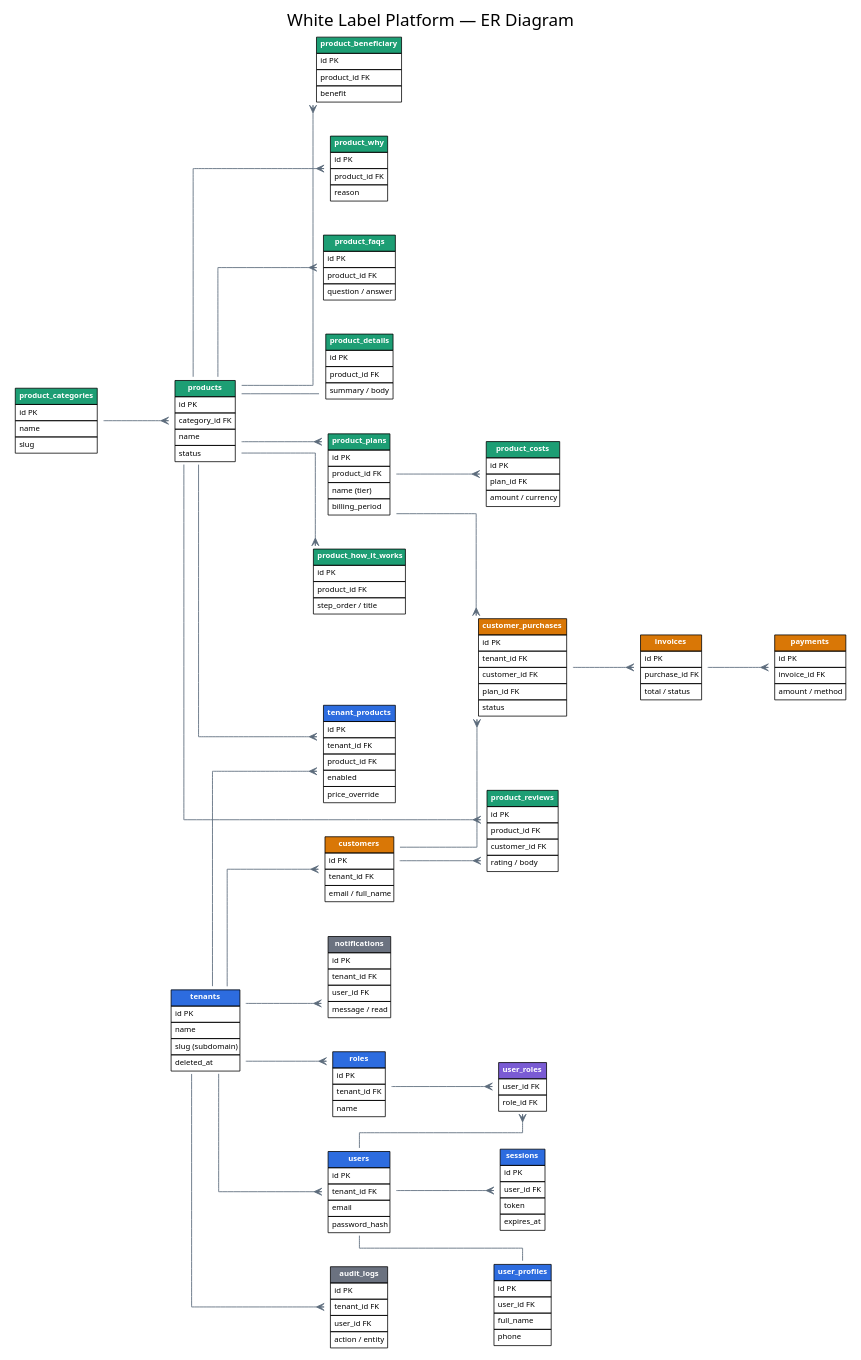
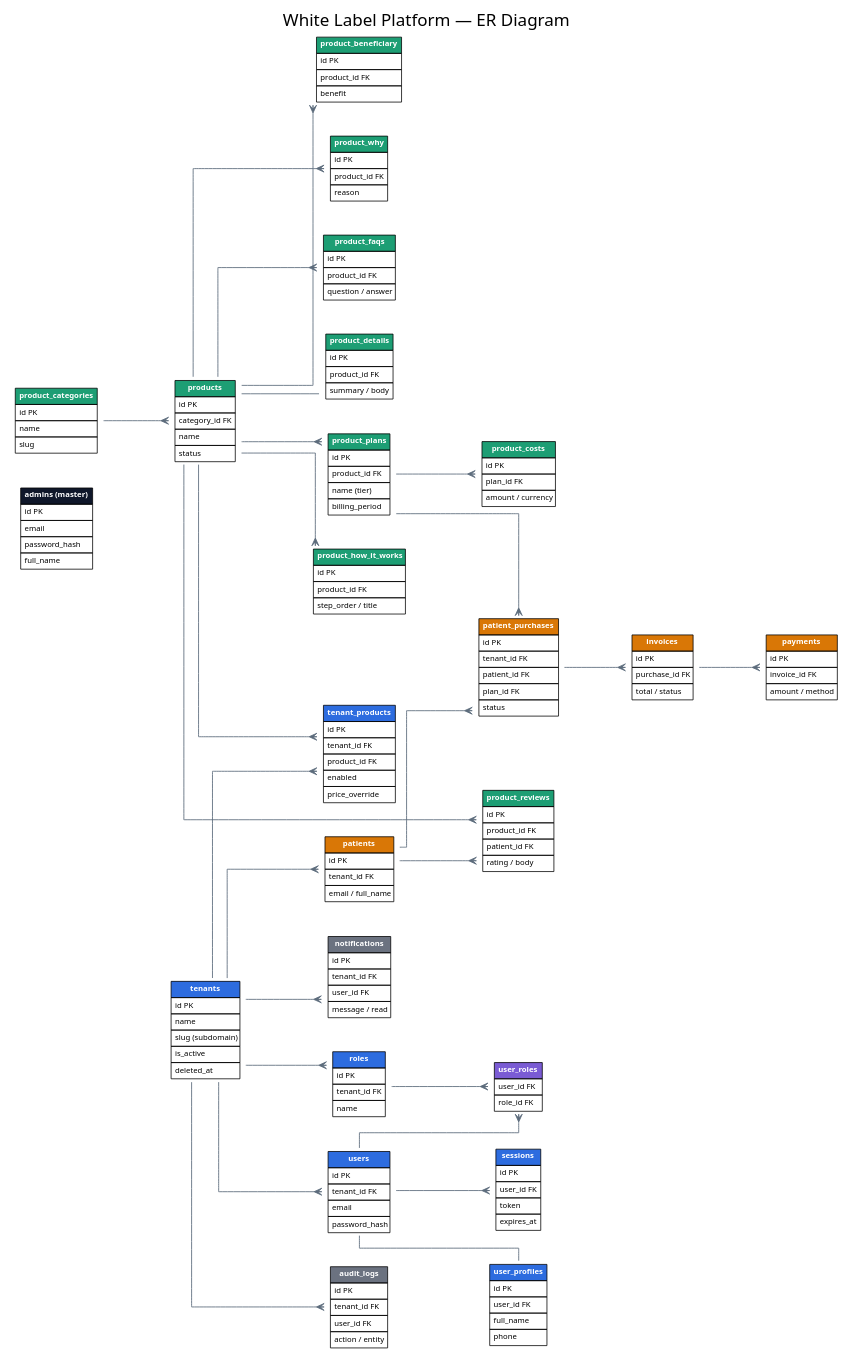
The diagram in er_diagram.dot (osmanajedrin/white-label-platform), drawn with Graphviz before and after one commit. The commit also changed 14 other files, not shown here.

First line of the commit message:
Add master admins, rename customers→patients, relabel tenant admins

```diff
--- a/er_diagram.dot
+++ b/er_diagram.dot
@@ -4,12 +4,21 @@
     edge  [color="#5b6b7b", arrowhead=crow, arrowtail=none, dir=both, penwidth=1.1];
 
     /* ---------------- ENTITIES ---------------- */
+    admins [label=<
+      <table border="0" cellborder="1" cellspacing="0" cellpadding="4" bgcolor="white">
+      <tr><td bgcolor="#0f172a" align="center"><font color="white"><b>admins (master)</b></font></td></tr>
+      <tr><td align="left">id PK</td></tr>
+      <tr><td align="left">email</td></tr>
+      <tr><td align="left">password_hash</td></tr>
+      <tr><td align="left">full_name</td></tr></table>>];
+
     tenants [label=<
       <table border="0" cellborder="1" cellspacing="0" cellpadding="4" bgcolor="white">
       <tr><td bgcolor="#2d6cdf" align="center"><font color="white"><b>tenants</b></font></td></tr>
       <tr><td align="left">id PK</td></tr>
       <tr><td align="left">name</td></tr>
       <tr><td align="left">slug (subdomain)</td></tr>
+      <tr><td align="left">is_active</td></tr>
       <tr><td align="left">deleted_at</td></tr></table>>];
 
     tenant_products [label=<
@@ -121,7 +130,7 @@
       <tr><td bgcolor="#1d9e74" align="center"><font color="white"><b>product_reviews</b></font></td></tr>
       <tr><td align="left">id PK</td></tr>
       <tr><td align="left">product_id FK</td></tr>
-      <tr><td align="left">customer_id FK</td></tr>
+      <tr><td align="left">patient_id FK</td></tr>
       <tr><td align="left">rating / body</td></tr></table>>];
 
     product_faqs [label=<
@@ -131,19 +140,19 @@
       <tr><td align="left">product_id FK</td></tr>
       <tr><td align="left">question / answer</td></tr></table>>];
 
-    customers [label=<
+    patients [label=<
       <table border="0" cellborder="1" cellspacing="0" cellpadding="4" bgcolor="white">
-      <tr><td bgcolor="#d97706" align="center"><font color="white"><b>customers</b></font></td></tr>
+      <tr><td bgcolor="#d97706" align="center"><font color="white"><b>patients</b></font></td></tr>
       <tr><td align="left">id PK</td></tr>
       <tr><td align="left">tenant_id FK</td></tr>
       <tr><td align="left">email / full_name</td></tr></table>>];
 
-    customer_purchases [label=<
+    patient_purchases [label=<
       <table border="0" cellborder="1" cellspacing="0" cellpadding="4" bgcolor="white">
-      <tr><td bgcolor="#d97706" align="center"><font color="white"><b>customer_purchases</b></font></td></tr>
+      <tr><td bgcolor="#d97706" align="center"><font color="white"><b>patient_purchases</b></font></td></tr>
       <tr><td align="left">id PK</td></tr>
       <tr><td align="left">tenant_id FK</td></tr>
-      <tr><td align="left">customer_id FK</td></tr>
+      <tr><td align="left">patient_id FK</td></tr>
       <tr><td align="left">plan_id FK</td></tr>
       <tr><td align="left">status</td></tr></table>>];
 
@@ -179,7 +188,7 @@
 
     /* ---------------- RELATIONSHIPS (crow's foot = many) ---------------- */
     tenants -> users [arrowhead=crow];
-    tenants -> customers [arrowhead=crow];
+    tenants -> patients [arrowhead=crow];
     tenants -> tenant_products [arrowhead=crow];
     tenants -> roles [arrowhead=crow];
     tenants -> audit_logs [arrowhead=crow];
@@ -201,9 +210,9 @@
     products -> tenant_products [arrowhead=crow];
     product_plans -> product_costs [arrowhead=crow];
 
-    customers -> customer_purchases [arrowhead=crow];
-    product_plans -> customer_purchases [arrowhead=crow];
-    customers -> product_reviews [arrowhead=crow];
-    customer_purchases -> invoices [arrowhead=crow];
+    patients -> patient_purchases [arrowhead=crow];
+    product_plans -> patient_purchases [arrowhead=crow];
+    patients -> product_reviews [arrowhead=crow];
+    patient_purchases -> invoices [arrowhead=crow];
     invoices -> payments [arrowhead=crow];
 }
```
